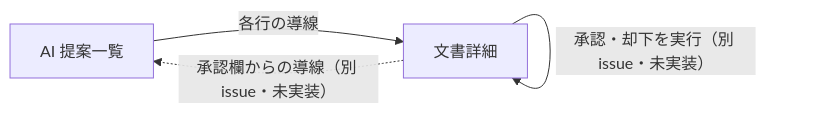
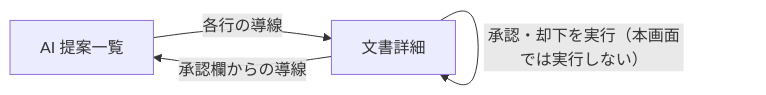
One commit to endazon/microservices-platform changed the diagram in docs/screens/SC-21_ai-suggestion-list.md. Above: the diagram before and after it, drawn with Mermaid. The commit also changed other lines of this file and 23 other files, not shown here.

````diff
--- a/docs/screens/SC-21_ai-suggestion-list.md
+++ b/docs/screens/SC-21_ai-suggestion-list.md
@@ -107,6 +110,6 @@
 ```mermaid
 flowchart LR
   SC21[AI 提案一覧] -- 各行の導線 --> SC03[文書詳細]
-  SC03 -. 承認欄からの導線（別 issue・未実装） .-> SC21
-  SC03 -- 承認・却下を実行（別 issue・未実装） --> SC03
+  SC03 -- 承認欄からの導線 --> SC21
+  SC03 -- 承認・却下を実行（本画面では実行しない） --> SC03
 ```
````
